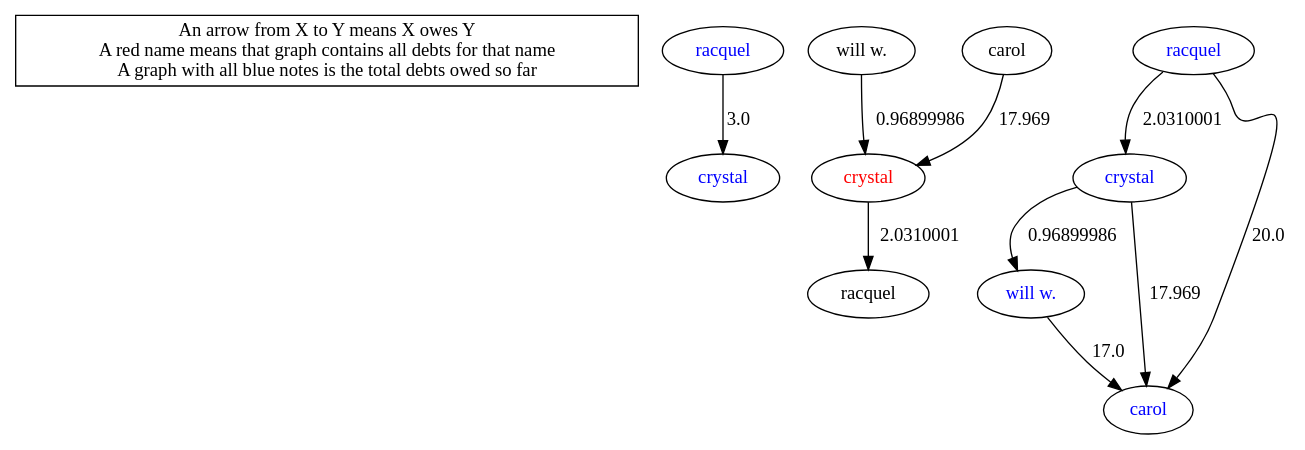
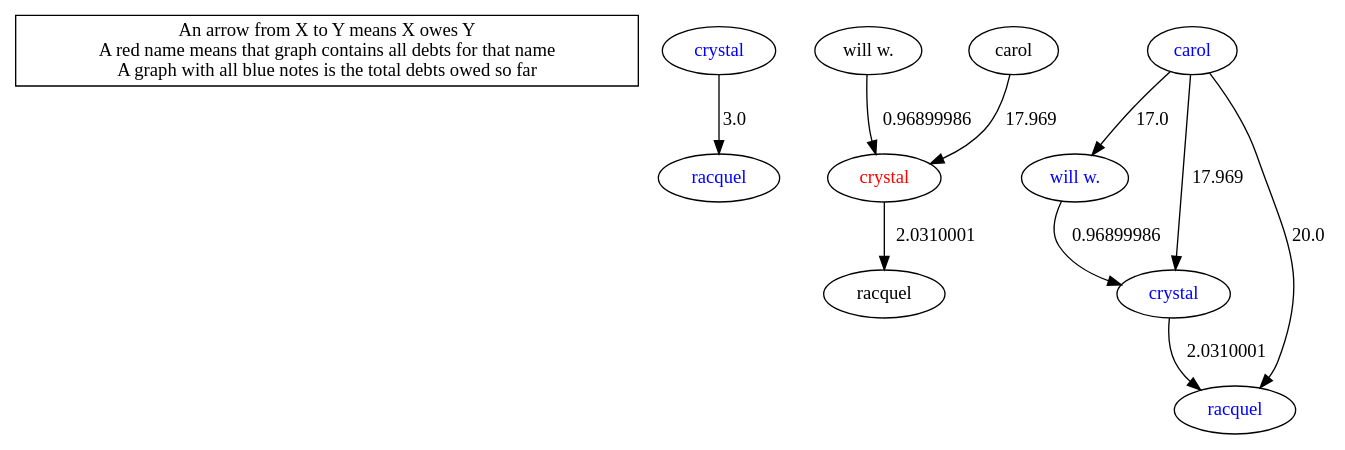
The diagram in output.dot (willywwang/CPSC-410-Project-1), drawn with Graphviz before and after one commit. The commit also changed 3 other files, not shown here.

```diff
--- a/output.dot
+++ b/output.dot
@@ -1,45 +1,45 @@
 digraph G{
 info [shape = box label="An arrow from X to Y means X owes Y 
  A red name means that graph contains all debts for that name
 A graph with all blue notes is the total debts owed so far"]
+1 [label = "crystal"];
 2 [label = "racquel"];
-1 [label = "crystal"];
-2->1 [label = "3.0"];
+1->2 [label = "3.0"];
+1 [fontcolor = "blue"];
 2 [fontcolor = "blue"];
-1 [fontcolor = "blue"];
 4 [label = "will w."];
 3 [label = "crystal"];
 4->3 [label = "0.96899986"];
 6 [label = "carol"];
 3 [label = "crystal"];
 6->3 [label = "17.969"];
 3 [label = "crystal"];
 8 [label = "racquel"];
 3->8 [label = "2.0310001"];
 3 [fontcolor = "red"];
+9 [label = "will w."];
 10 [label = "crystal"];
+9->10 [label = "0.96899986"];
+9 [fontcolor = "blue"];
+10 [fontcolor = "blue"];
+11 [label = "carol"];
 9 [label = "will w."];
-10->9 [label = "0.96899986"];
+11->9 [label = "17.0"];
+11 [fontcolor = "blue"];
+9 [fontcolor = "blue"];
+11 [label = "carol"];
+10 [label = "crystal"];
+11->10 [label = "17.969"];
+11 [fontcolor = "blue"];
 10 [fontcolor = "blue"];
-9 [fontcolor = "blue"];
-9 [label = "will w."];
 11 [label = "carol"];
-9->11 [label = "17.0"];
-9 [fontcolor = "blue"];
+12 [label = "racquel"];
+11->12 [label = "20.0"];
 11 [fontcolor = "blue"];
+12 [fontcolor = "blue"];
 10 [label = "crystal"];
-11 [label = "carol"];
-10->11 [label = "17.969"];
+12 [label = "racquel"];
+10->12 [label = "2.0310001"];
 10 [fontcolor = "blue"];
-11 [fontcolor = "blue"];
-12 [label = "racquel"];
-11 [label = "carol"];
-12->11 [label = "20.0"];
 12 [fontcolor = "blue"];
-11 [fontcolor = "blue"];
-12 [label = "racquel"];
-10 [label = "crystal"];
-12->10 [label = "2.0310001"];
-12 [fontcolor = "blue"];
-10 [fontcolor = "blue"];
 }
```
